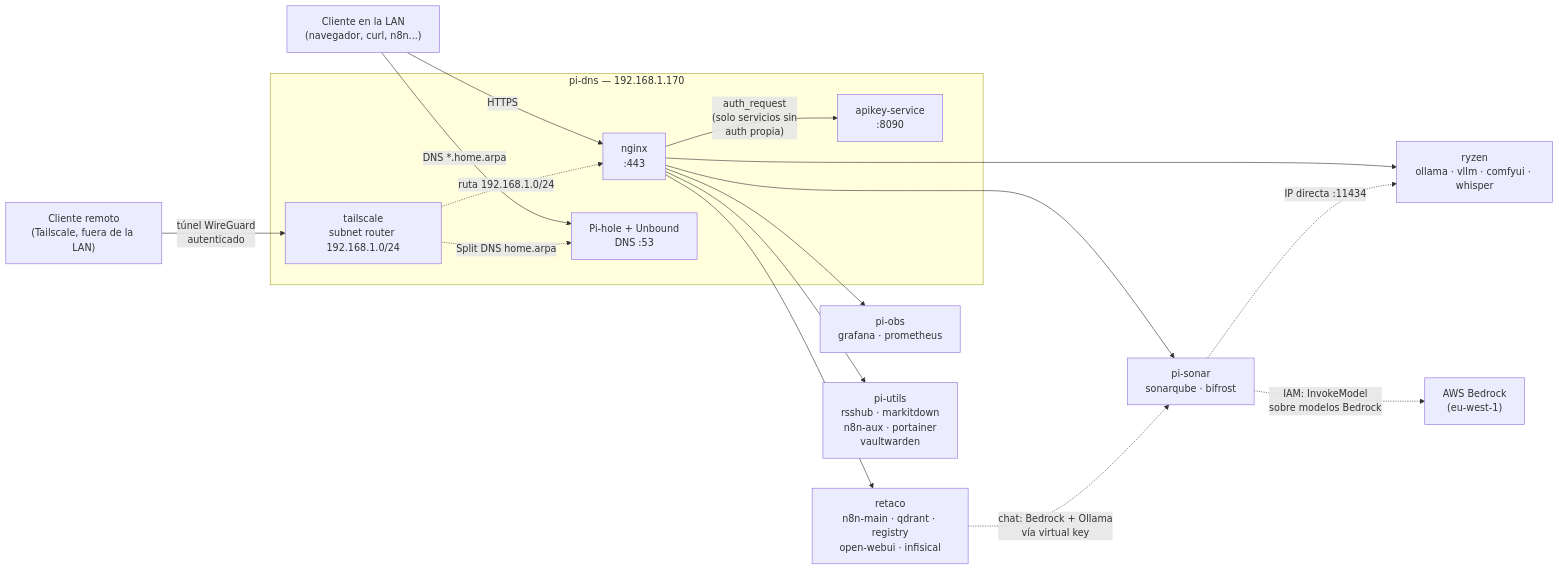
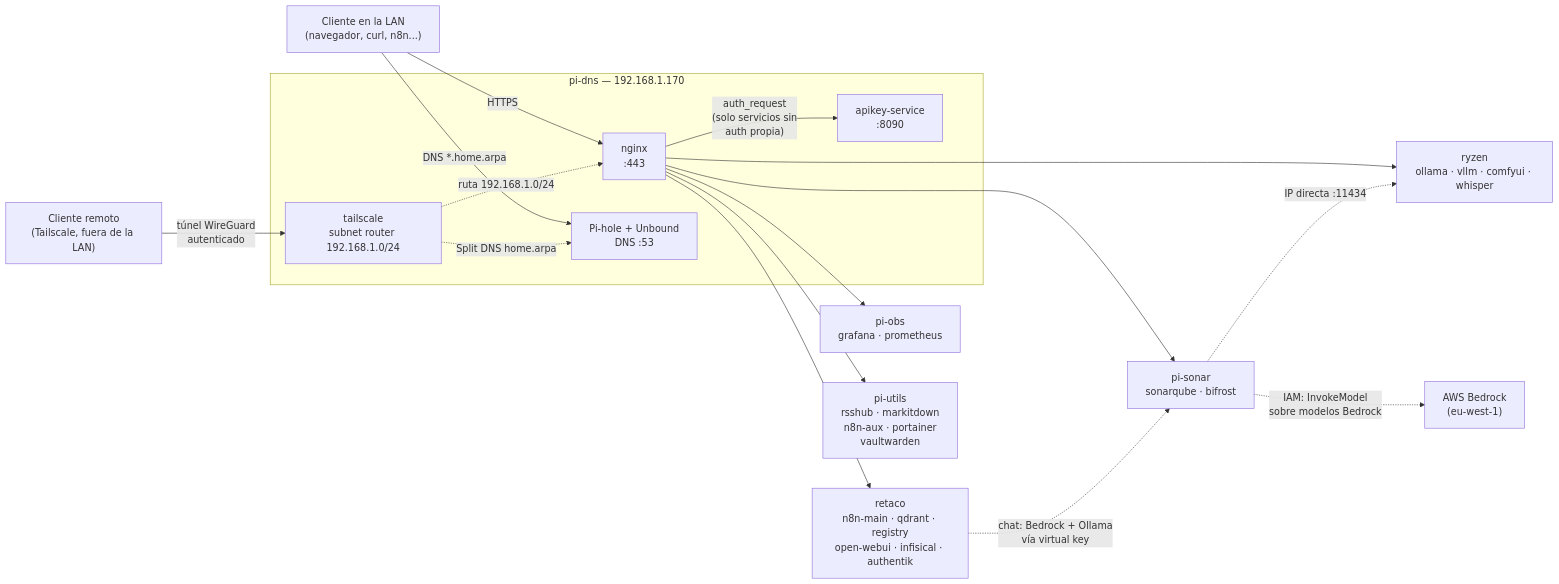
Before and after one commit to impalah/homelab-cluster: the second of 5 diagrams in docs/01-topologia.md, drawn with Mermaid. The commit also changed other lines of this file and 12 other files, not shown here.

````diff
--- a/docs/01-topologia.md
+++ b/docs/01-topologia.md
@@ -41,28 +41,28 @@
 ```mermaid
 flowchart LR
     Client["Cliente en la LAN\n(navegador, curl, n8n...)"]
     Remote["Cliente remoto\n(Tailscale, fuera de la LAN)"]
 
     subgraph pidns["pi-dns — 192.168.1.170"]
         nginx["nginx\n:443"]
         apikey["apikey-service\n:8090"]
         pihole["Pi-hole + Unbound\nDNS :53"]
         ts["tailscale\nsubnet router 192.168.1.0/24"]
     end
 
     Client -->|"DNS *.home.arpa"| pihole
     Client -->|HTTPS| nginx
     Remote -->|"túnel WireGuard\nautenticado"| ts
     ts -.->|"Split DNS home.arpa"| pihole
     ts -.->|"ruta 192.168.1.0/24"| nginx
     nginx -->|"auth_request\n(solo servicios sin\nauth propia)"| apikey
 
     nginx --> ryzen["ryzen\nollama · vllm · comfyui · whisper"]
-    nginx --> retaco["retaco\nn8n-main · qdrant · registry\nopen-webui · infisical"]
+    nginx --> retaco["retaco\nn8n-main · qdrant · registry\nopen-webui · infisical · authentik"]
     nginx --> piobs["pi-obs\ngrafana · prometheus"]
     nginx --> pisonar["pi-sonar\nsonarqube · bifrost"]
     retaco -.->|"chat: Bedrock + Ollama\nvía virtual key"| pisonar
     pisonar -.->|"IAM: InvokeModel\nsobre modelos Bedrock"| bedrock["AWS Bedrock\n(eu-west-1)"]
     pisonar -.->|"IP directa :11434"| ryzen
     nginx --> piutils["pi-utils\nrsshub · markitdown\nn8n-aux · portainer\nvaultwarden"]
 ```
````
